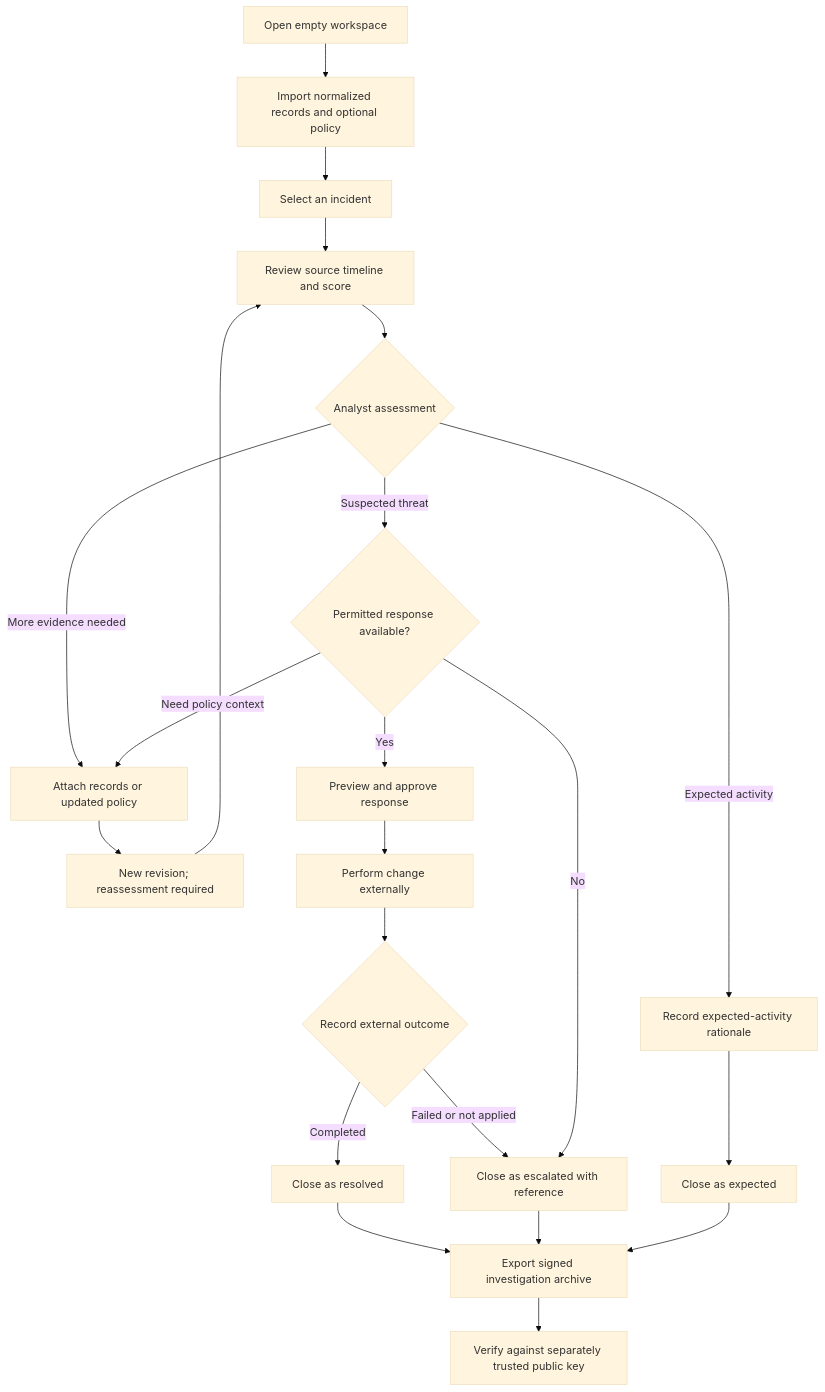
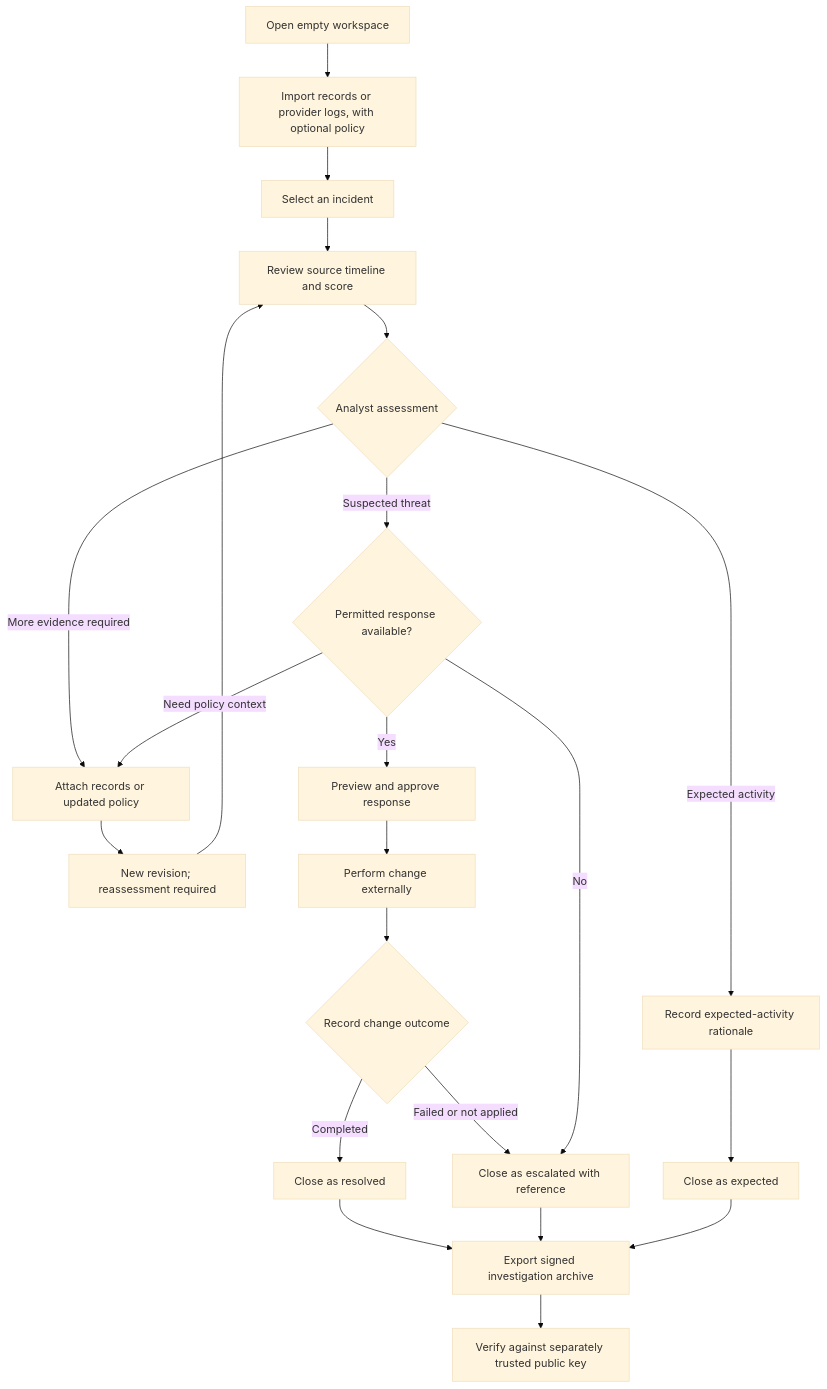
One commit to AI-Cloud-Security/cloud-threat-investigation changed the diagram in docs/USER_FLOW.md. Above: the diagram before and after it, drawn with Mermaid (base theme). The commit also changed 65 other files, not shown here.

````diff
--- a/docs/USER_FLOW.md
+++ b/docs/USER_FLOW.md
@@ -5,24 +5,24 @@
 ```mermaid
 flowchart TD
-    Start["Open empty workspace"] --> Import["Import normalized records and optional policy"]
+    Start["Open empty workspace"] --> Import["Import records or provider logs, with optional policy"]
     Import --> Inbox["Select an incident"]
     Inbox --> Review["Review source timeline and score"]
     Review --> Assess{"Analyst assessment"}
     Assess -->|Expected activity| Expected["Record expected-activity rationale"]
-    Assess -->|More evidence needed| Evidence["Attach records or updated policy"]
+    Assess -->|More evidence required| Evidence["Attach records or updated policy"]
     Evidence --> Revision["New revision; reassessment required"]
     Revision --> Review
     Assess -->|Suspected threat| Plan{"Permitted response available?"}
     Plan -->|Yes| Preview["Preview and approve response"]
     Preview --> External["Perform change externally"]
-    External --> Outcome{"Record external outcome"}
+    External --> Outcome{"Record change outcome"}
     Outcome -->|Completed| Resolve["Close as resolved"]
     Outcome -->|Failed or not applied| Escalate["Close as escalated with reference"]
     Plan -->|No| Escalate
     Plan -->|Need policy context| Evidence
     Expected --> Close["Close as expected"]
     Resolve --> Export["Export signed investigation archive"]
     Escalate --> Export
     Close --> Export
     Export --> Verify["Verify against separately trusted public key"]
 ```
````
